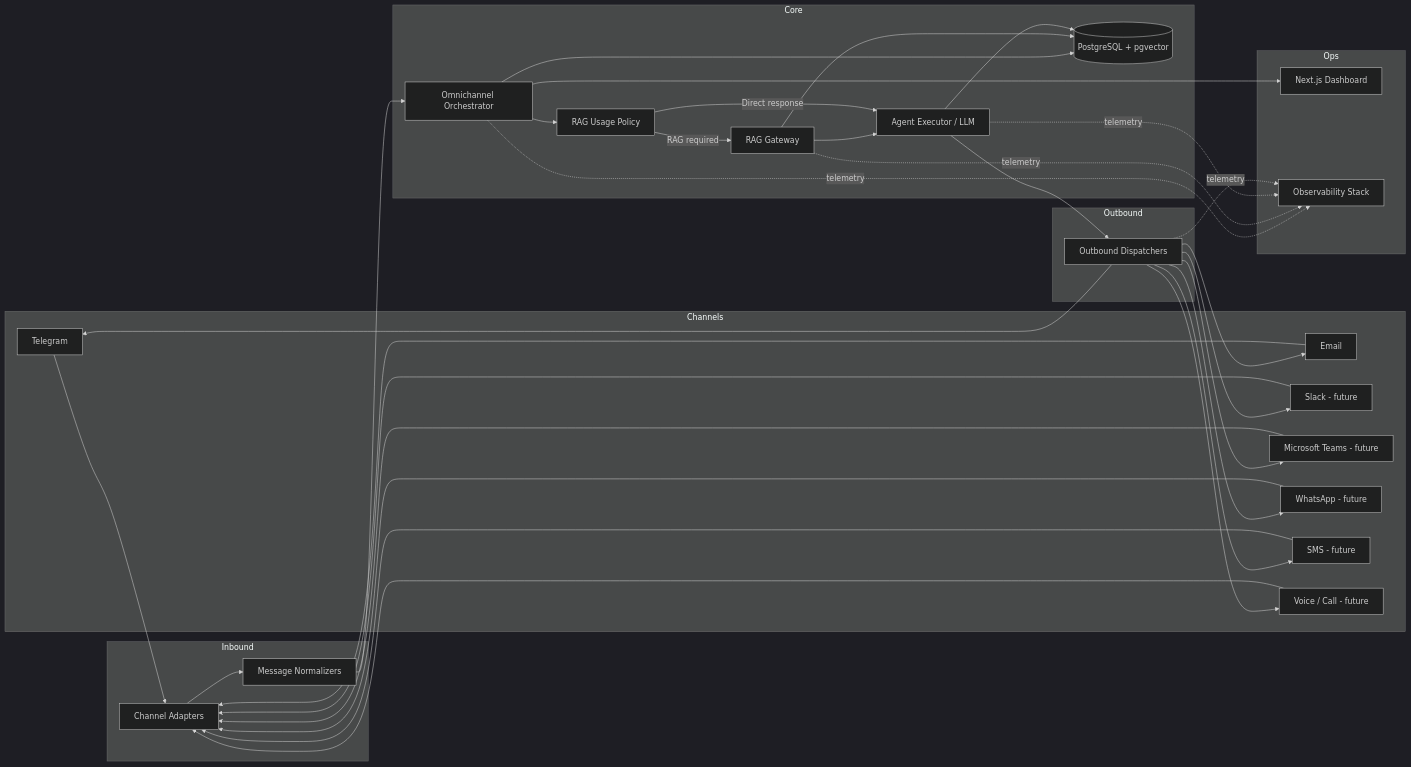
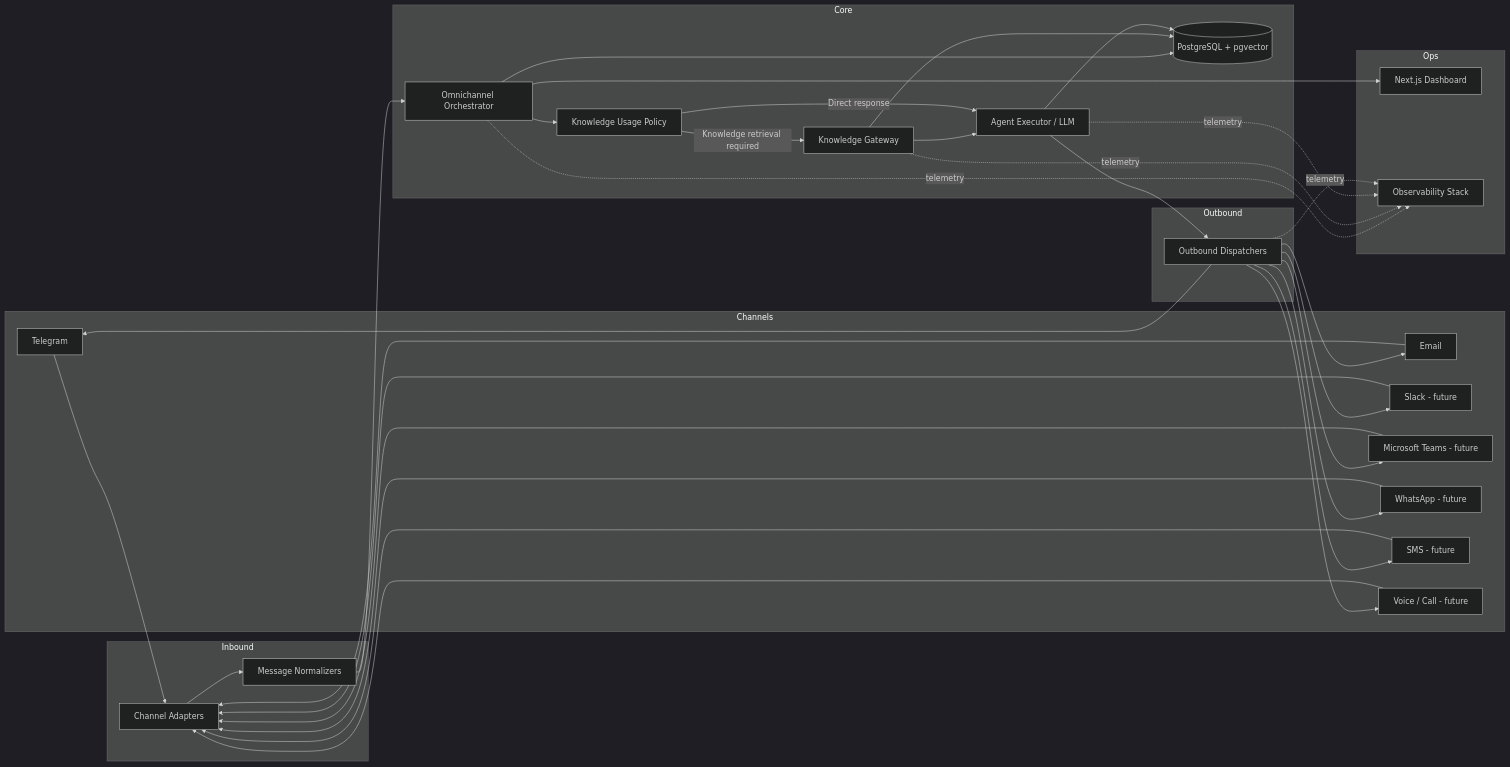
The diagram in docs/diagrams/mcp-architecture.md (CiceroDeveloper01/rag-platform), drawn with Mermaid (dark theme) before and after one commit. The commit also changed other lines of this file and 94 other files, not shown here.

````diff
--- a/docs/diagrams/mcp-architecture.md
+++ b/docs/diagrams/mcp-architecture.md
@@ -9,71 +9,71 @@
 ```mermaid
 flowchart LR
 
     subgraph Channels
         TG[Telegram]
         EM[Email]
         SL[Slack - future]
         TM[Microsoft Teams - future]
         WA[WhatsApp - future]
         SMS[SMS - future]
         VC[Voice / Call - future]
     end
 
     subgraph Inbound
         AD[Channel Adapters]
         NM[Message Normalizers]
     end
 
     subgraph Core
         ORCH[Omnichannel Orchestrator]
-        POL[RAG Usage Policy]
-        RAG[RAG Gateway]
+        POL[Knowledge Usage Policy]
+        RAG[Knowledge Gateway]
         AG[Agent Executor / LLM]
         PERSIST[(PostgreSQL + pgvector)]
     end
 
     subgraph Outbound
         DISP[Outbound Dispatchers]
     end
 
     subgraph Ops
         DASH[Next.js Dashboard]
         OBS[Observability Stack]
     end
 
     TG --> AD
     EM --> AD
     SL --> AD
     TM --> AD
     WA --> AD
     SMS --> AD
     VC --> AD
 
     AD --> NM
     NM --> ORCH
 
     ORCH --> POL
-    POL -->|RAG required| RAG
+    POL -->|Knowledge retrieval required| RAG
     RAG --> AG
     POL -->|Direct response| AG
 
     ORCH --> PERSIST
     RAG --> PERSIST
     AG --> PERSIST
 
     AG --> DISP
 
     DISP --> TG
     DISP --> EM
     DISP --> SL
     DISP --> TM
     DISP --> WA
     DISP --> SMS
     DISP --> VC
 
     ORCH --> DASH
     ORCH -. telemetry .-> OBS
     RAG -. telemetry .-> OBS
     AG -. telemetry .-> OBS
     DISP -. telemetry .-> OBS
 ```
````
